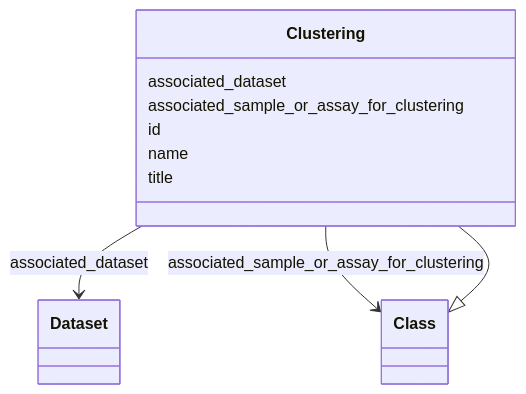
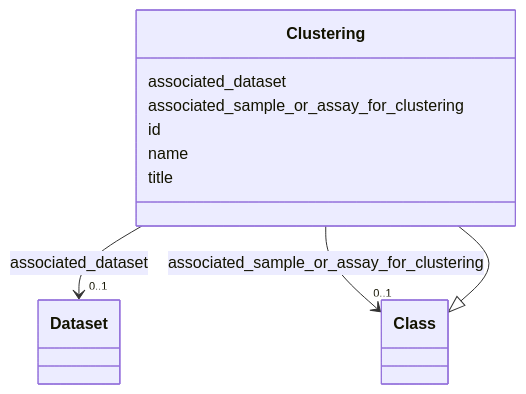
Before and after one commit to VirtualFlyBrain/vfb-scRNAseq-ontology: the diagram in docs/Clustering.md, drawn with Mermaid. The commit also changed other lines of this file and 52 other files, not shown here.

````diff
--- a/docs/Clustering.md
+++ b/docs/Clustering.md
@@ -10,21 +14,33 @@
 ```mermaid
  classDiagram
     class Clustering
+    click Clustering href "../Clustering"
       Class <|-- Clustering
+        click Class href "../Class"
       
       Clustering : associated_dataset
         
-          Clustering --> Dataset : associated_dataset
+          
+    
+    
+    Clustering --> "0..1" Dataset : associated_dataset
+    click Dataset href "../Dataset"
+
         
       Clustering : associated_sample_or_assay_for_clustering
         
-          Clustering --> Class : associated_sample_or_assay_for_clustering
+          
+    
+    
+    Clustering --> "0..1" Class : associated_sample_or_assay_for_clustering
+    click Class href "../Class"
+
         
       Clustering : id
         
       Clustering : name
         
       Clustering : title
         
       
 ```
````
